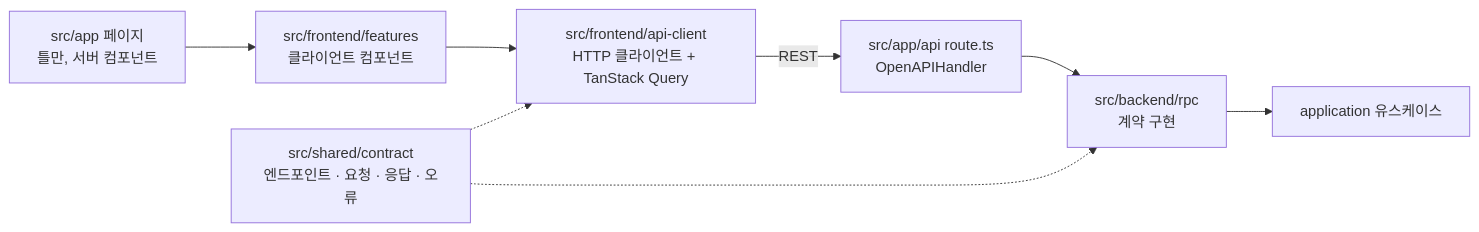
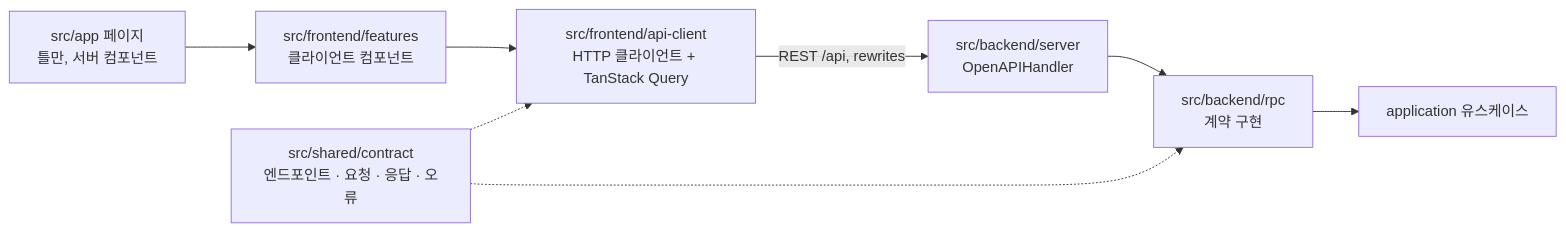
One commit to Changsik00/inkle changed the fifth of 5 diagrams in docs/architecture.md. Above: the diagram before and after it, drawn with Mermaid. The commit also changed other lines of this file and 8 other files, not shown here.

````diff
--- a/docs/architecture.md
+++ b/docs/architecture.md
@@ -178,10 +266,10 @@
 ```mermaid
 flowchart LR
     P[src/app 페이지<br/>틀만, 서버 컴포넌트] --> F[src/frontend/features<br/>클라이언트 컴포넌트]
     F --> K[src/frontend/api-client<br/>HTTP 클라이언트 + TanStack Query]
-    K -->|REST| R[src/app/api route.ts<br/>OpenAPIHandler]
+    K -->|REST /api, rewrites| R[src/backend/server<br/>OpenAPIHandler]
     R --> S[src/backend/rpc<br/>계약 구현]
     S --> U[application 유스케이스]
     C[src/shared/contract<br/>엔드포인트 · 요청 · 응답 · 오류] -.-> K
     C -.-> S
 ```
````
